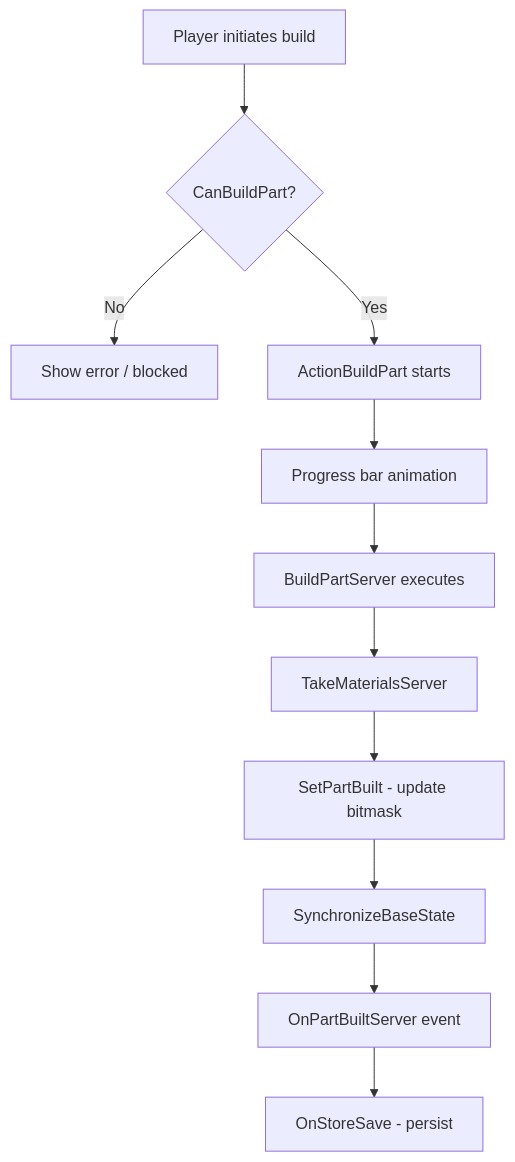
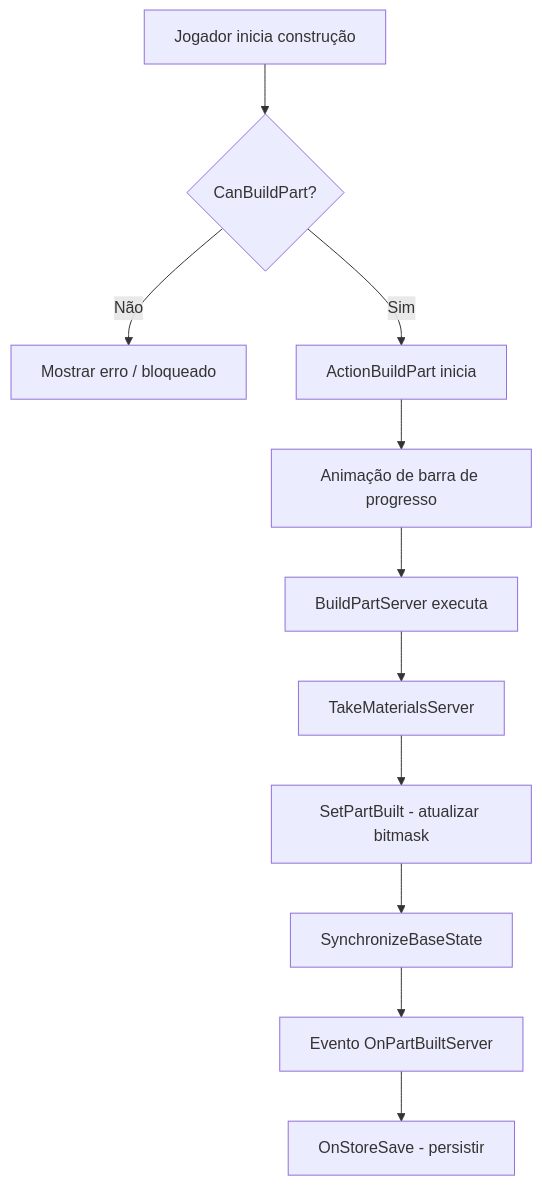
Before and after one commit to StarDZ-Team/DayZ-Modding-Wiki: the diagram in pt/06-engine-api/17-construction-system.md, drawn with Mermaid. The commit also changed other lines of this file and 5 other files, not shown here.

````diff
--- a/pt/06-engine-api/17-construction-system.md
+++ b/pt/06-engine-api/17-construction-system.md
@@ -122,13 +122,13 @@
 ```mermaid
 flowchart TD
-    A[Player initiates build] --> B{CanBuildPart?}
-    B -->|No| C[Show error / blocked]
-    B -->|Yes| D[ActionBuildPart starts]
-    D --> E[Progress bar animation]
-    E --> F[BuildPartServer executes]
+    A[Jogador inicia construção] --> B{CanBuildPart?}
+    B -->|Não| C[Mostrar erro / bloqueado]
+    B -->|Sim| D[ActionBuildPart inicia]
+    D --> E[Animação de barra de progresso]
+    E --> F[BuildPartServer executa]
     F --> G[TakeMaterialsServer]
-    G --> H[SetPartBuilt - update bitmask]
+    G --> H[SetPartBuilt - atualizar bitmask]
     H --> I[SynchronizeBaseState]
-    I --> J[OnPartBuiltServer event]
-    J --> K[OnStoreSave - persist]
+    I --> J[Evento OnPartBuiltServer]
+    J --> K[OnStoreSave - persistir]
 ```
````
